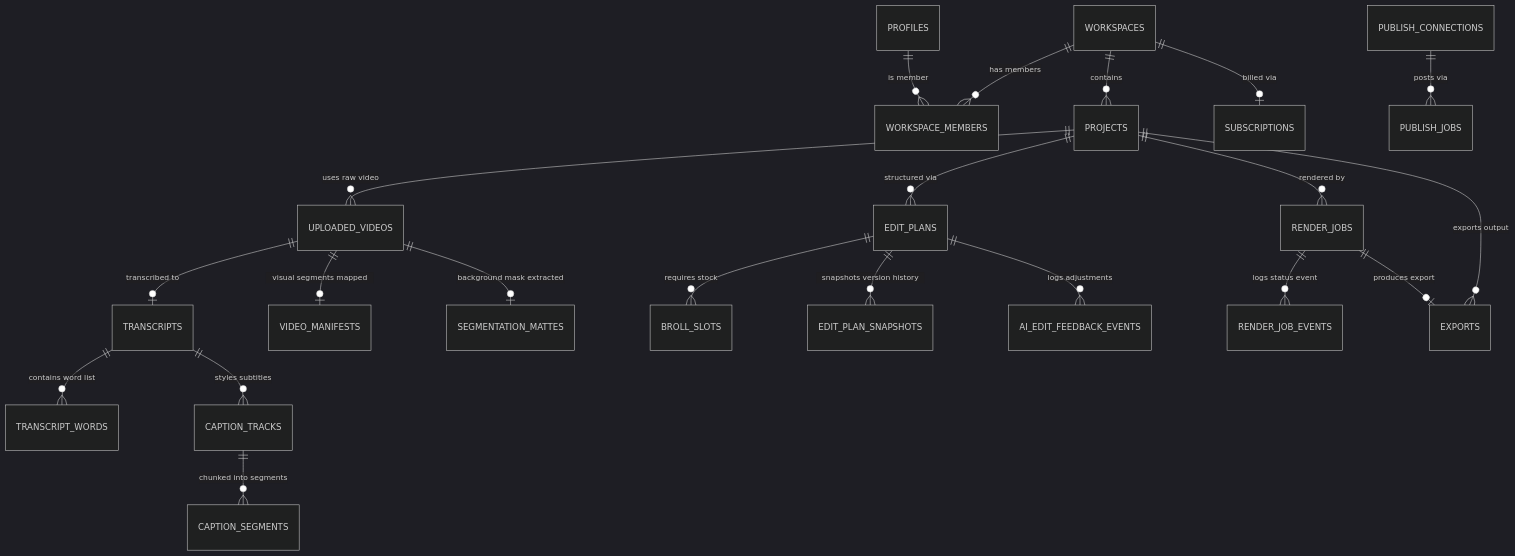
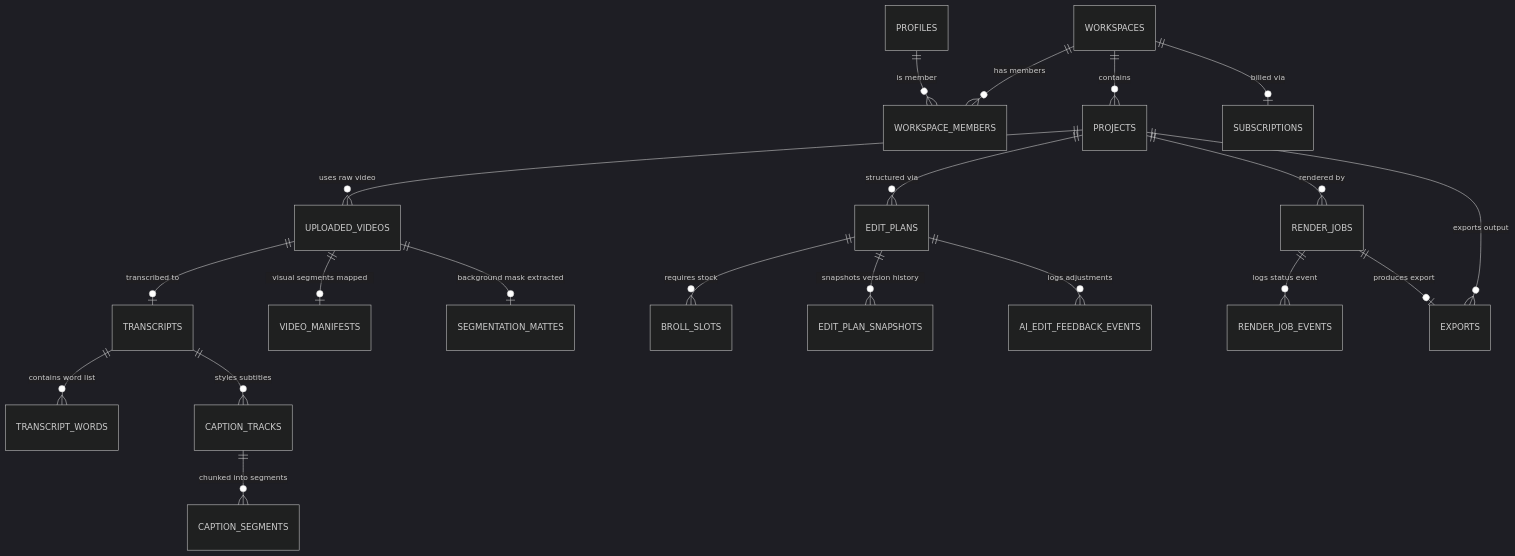
Diagram 11 of 12 in motionly-main/Motionly-main/docs/generated/motionly_technical_documentation.md (ToxicTox007/Motionly-claude), drawn with Mermaid (dark theme) before and after one commit. The commit also changed other lines of this file and 454 other files, not shown here.

````diff
--- a/motionly-main/Motionly-main/docs/generated/motionly_technical_documentation.md
+++ b/motionly-main/Motionly-main/docs/generated/motionly_technical_documentation.md
@@ -1105,29 +1097,27 @@
 ```mermaid
 erDiagram
     PROFILES ||--o{ WORKSPACE_MEMBERS : "is member"
     WORKSPACES ||--o{ WORKSPACE_MEMBERS : "has members"
     WORKSPACES ||--o{ PROJECTS : "contains"
     WORKSPACES ||--o| SUBSCRIPTIONS : "billed via"
 
     PROJECTS ||--o{ UPLOADED_VIDEOS : "uses raw video"
     PROJECTS ||--o{ EDIT_PLANS : "structured via"
     PROJECTS ||--o{ RENDER_JOBS : "rendered by"
     PROJECTS ||--o{ EXPORTS : "exports output"
 
     UPLOADED_VIDEOS ||--o| TRANSCRIPTS : "transcribed to"
     TRANSCRIPTS ||--o{ TRANSCRIPT_WORDS : "contains word list"
     TRANSCRIPTS ||--o{ CAPTION_TRACKS : "styles subtitles"
     CAPTION_TRACKS ||--o{ CAPTION_SEGMENTS : "chunked into segments"
 
     UPLOADED_VIDEOS ||--o| VIDEO_MANIFESTS : "visual segments mapped"
     UPLOADED_VIDEOS ||--o| SEGMENTATION_MATTES : "background mask extracted"
 
     EDIT_PLANS ||--o{ BROLL_SLOTS : "requires stock"
     EDIT_PLANS ||--o{ EDIT_PLAN_SNAPSHOTS : "snapshots version history"
     EDIT_PLANS ||--o{ AI_EDIT_FEEDBACK_EVENTS : "logs adjustments"
 
     RENDER_JOBS ||--o{ RENDER_JOB_EVENTS : "logs status event"
     RENDER_JOBS ||--o| EXPORTS : "produces export"
-
-    PUBLISH_CONNECTIONS ||--o{ PUBLISH_JOBS : "posts via"
 ```
````
